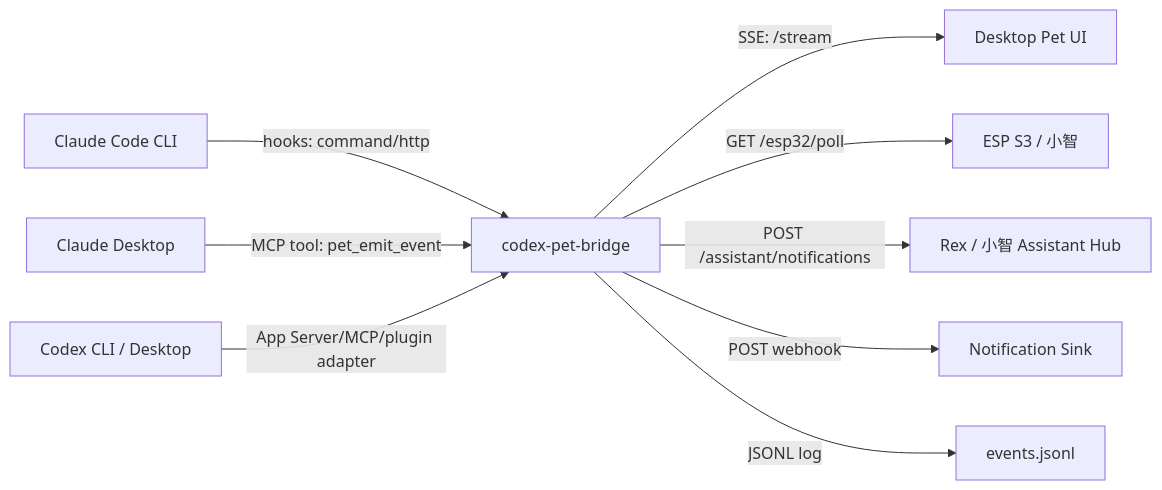
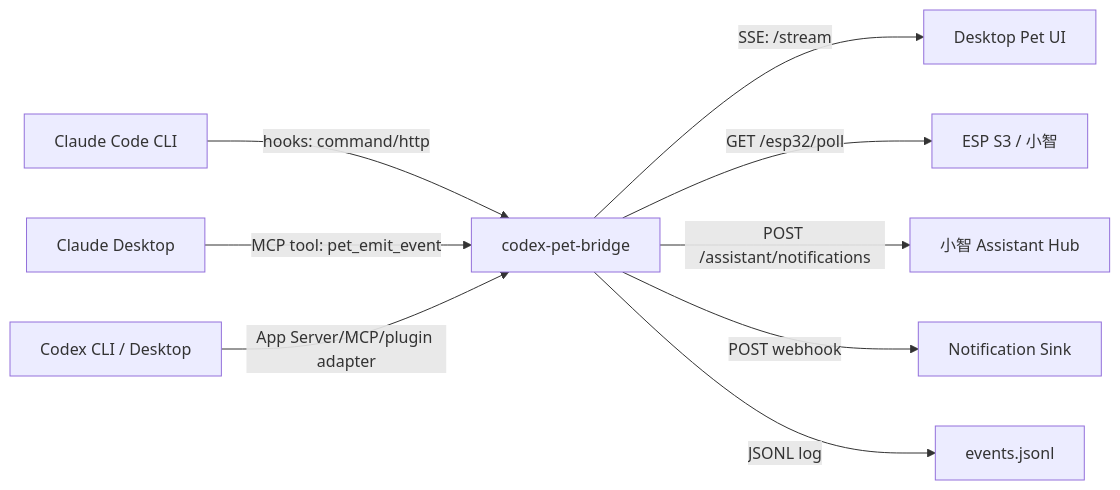
One commit to vcxzvfe/codex-pet-bridge changed the diagram in README.md. Above: the diagram before and after it, drawn with Mermaid. The commit also changed other lines of this file and 2 other files, not shown here.

Commit message:
Use XiaoZhi naming consistently

````diff
--- a/README.md
+++ b/README.md
@@ -9,11 +9,11 @@
 ```mermaid
 flowchart LR
   CC["Claude Code CLI"] -->|"hooks: command/http"| Bridge["codex-pet-bridge"]
   CD["Claude Desktop"] -->|"MCP tool: pet_emit_event"| Bridge
   CX["Codex CLI / Desktop"] -->|"App Server/MCP/plugin adapter"| Bridge
   Bridge -->|"SSE: /stream"| Pet["Desktop Pet UI"]
   Bridge -->|"GET /esp32/poll"| ESP["ESP S3 / 小智"]
-  Bridge -->|"POST /assistant/notifications"| Rex["Rex / 小智 Assistant Hub"]
+  Bridge -->|"POST /assistant/notifications"| XiaoZhi["小智 Assistant Hub"]
   Bridge -->|"POST webhook"| Push["Notification Sink"]
   Bridge -->|"JSONL log"| Log["events.jsonl"]
 ```
````
